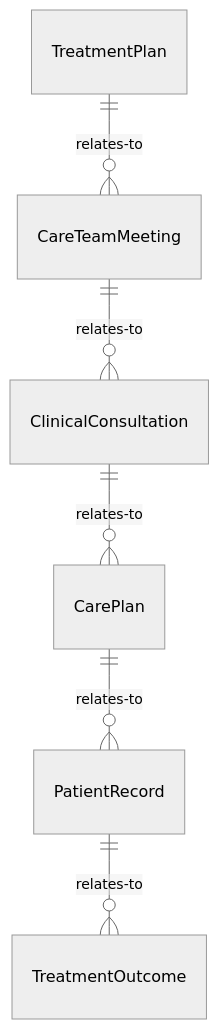
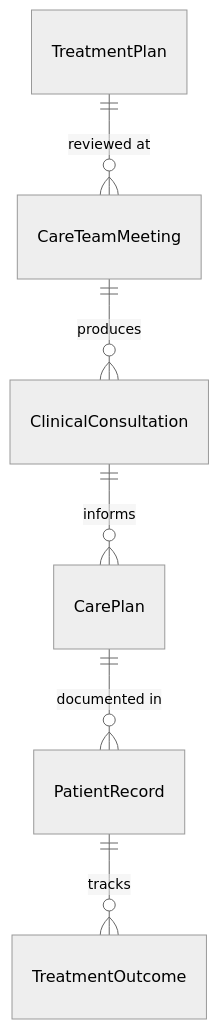
One commit to dot-org-ai/tasks.org.ai changed the first of 4 diagrams in CommunicatingWithSupervisorsPeersOrSubordinates/ConferWithHealthcareOrOtherProfessionalsAboutPatientCare/CollaborateHealthcareProfessionalsPlanProvide.mdx. Above: the diagram before and after it, drawn with Mermaid (neutral theme). The commit also changed other lines of this file and 515 other files, not shown here.

````diff
--- a/CommunicatingWithSupervisorsPeersOrSubordinates/ConferWithHealthcareOrOtherProfessionalsAboutPatientCare/CollaborateHealthcareProfessionalsPlanProvide.mdx
+++ b/CommunicatingWithSupervisorsPeersOrSubordinates/ConferWithHealthcareOrOtherProfessionalsAboutPatientCare/CollaborateHealthcareProfessionalsPlanProvide.mdx
@@ -89,8 +89,8 @@
 ```mermaid
 erDiagram
-    TreatmentPlan ||--o{ CareTeamMeeting : relates-to
-    CareTeamMeeting ||--o{ ClinicalConsultation : relates-to
-    ClinicalConsultation ||--o{ CarePlan : relates-to
-    CarePlan ||--o{ PatientRecord : relates-to
-    PatientRecord ||--o{ TreatmentOutcome : relates-to
+    TreatmentPlan ||--o{ CareTeamMeeting : "reviewed at"
+    CareTeamMeeting ||--o{ ClinicalConsultation : produces
+    ClinicalConsultation ||--o{ CarePlan : informs
+    CarePlan ||--o{ PatientRecord : "documented in"
+    PatientRecord ||--o{ TreatmentOutcome : tracks
 ```
````
